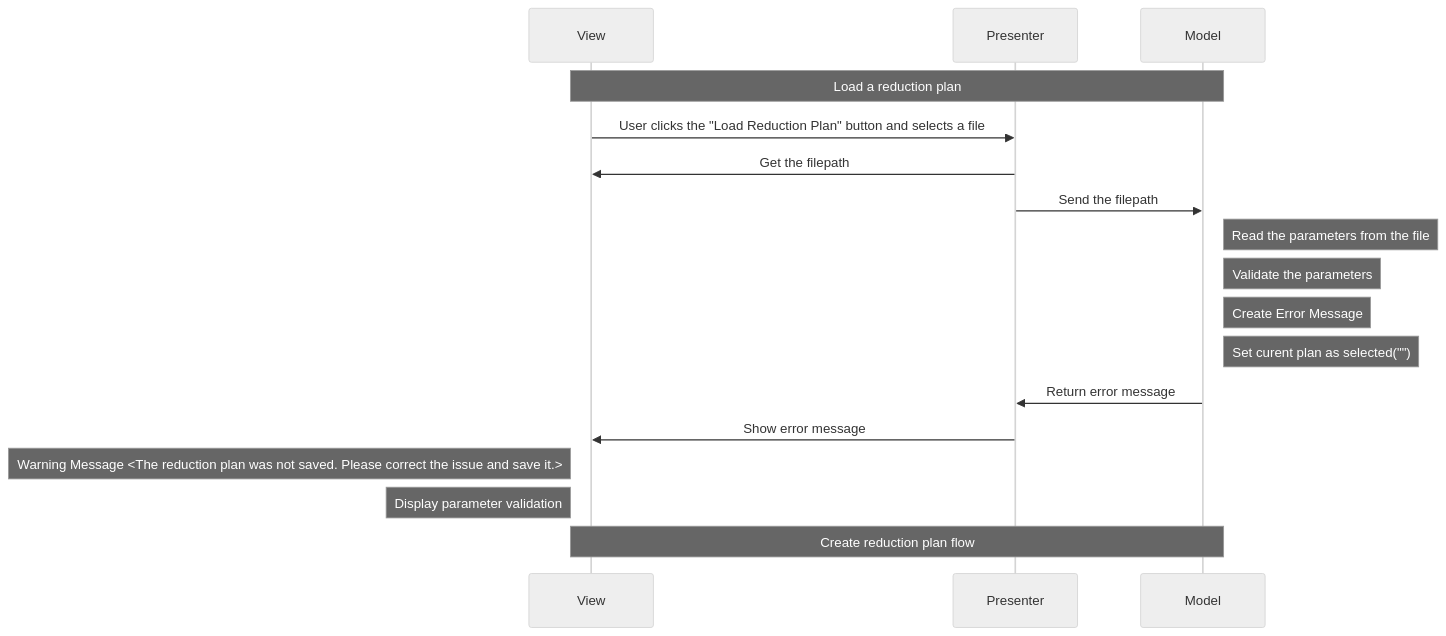
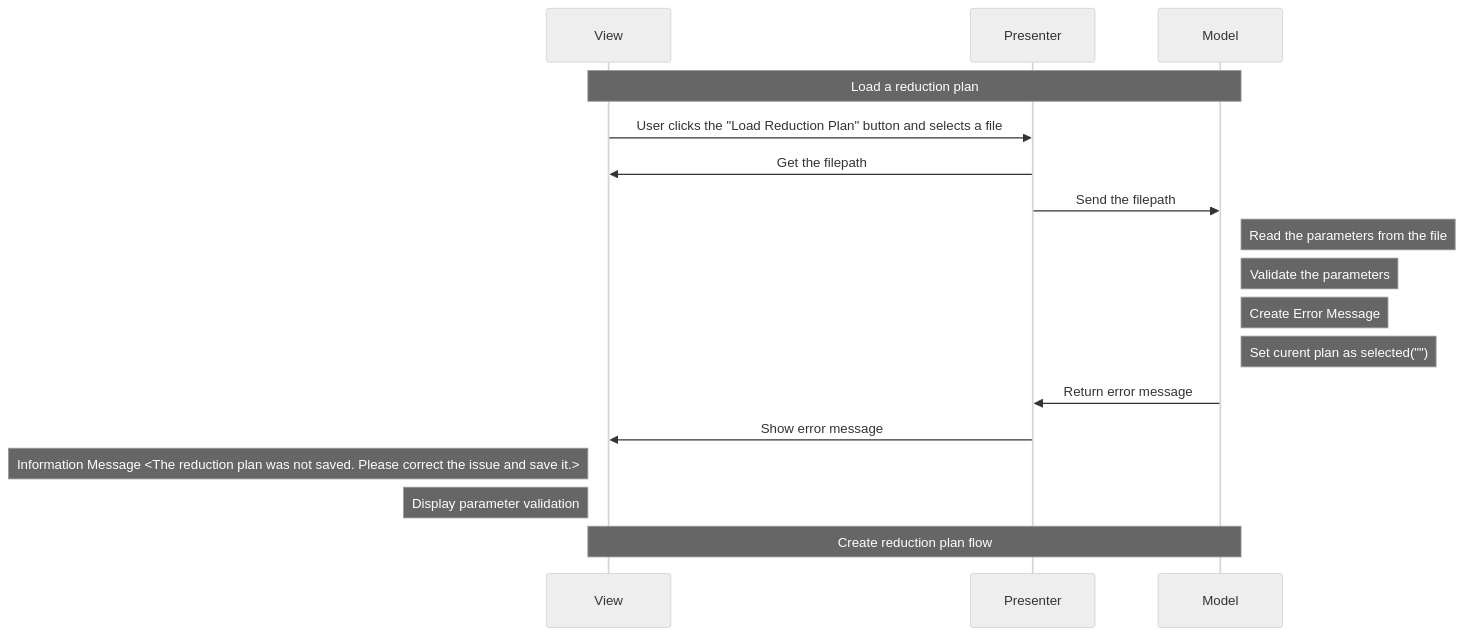
One commit to neutrons/garnet changed the eighth of 14 diagrams in docs/source/design/reduction_plan_mvp.rst. Above: the diagram before and after it, drawn with Mermaid (neutral theme). The commit also changed other lines of this file and 1 other file, not shown here.

Commit message:
unique identifier for reduction plan model, functionality updated, filepath exposed

```diff
--- a/docs/source/design/reduction_plan_mvp.rst
+++ b/docs/source/design/reduction_plan_mvp.rst
@@ -370,20 +420,20 @@
         .. mermaid::
 
             sequenceDiagram
                 participant View
                 participant Presenter
                 participant Model
 
                 Note over View,Model: Load a reduction plan
                 View->>Presenter: User clicks the "Load Reduction Plan" button and selects a file
                 Presenter->>View: Get the filepath
                 Presenter->>Model: Send the filepath
                 Note right of Model: Read the parameters from the file
                 Note right of Model: Validate the parameters
                 Note right of Model: Create Error Message
                 Note right of Model: Set curent plan as selected("")
                 Model->>Presenter: Return error message
                 Presenter->>View: Show error message
-                Note left of View: Warning Message <The reduction plan was not saved. Please correct the issue and save it.>
+                Note left of View: Information Message <The reduction plan was not saved. Please correct the issue and save it.>
                 Note left of View: Display parameter validation
                 Note over View,Model: Create reduction plan flow
```
